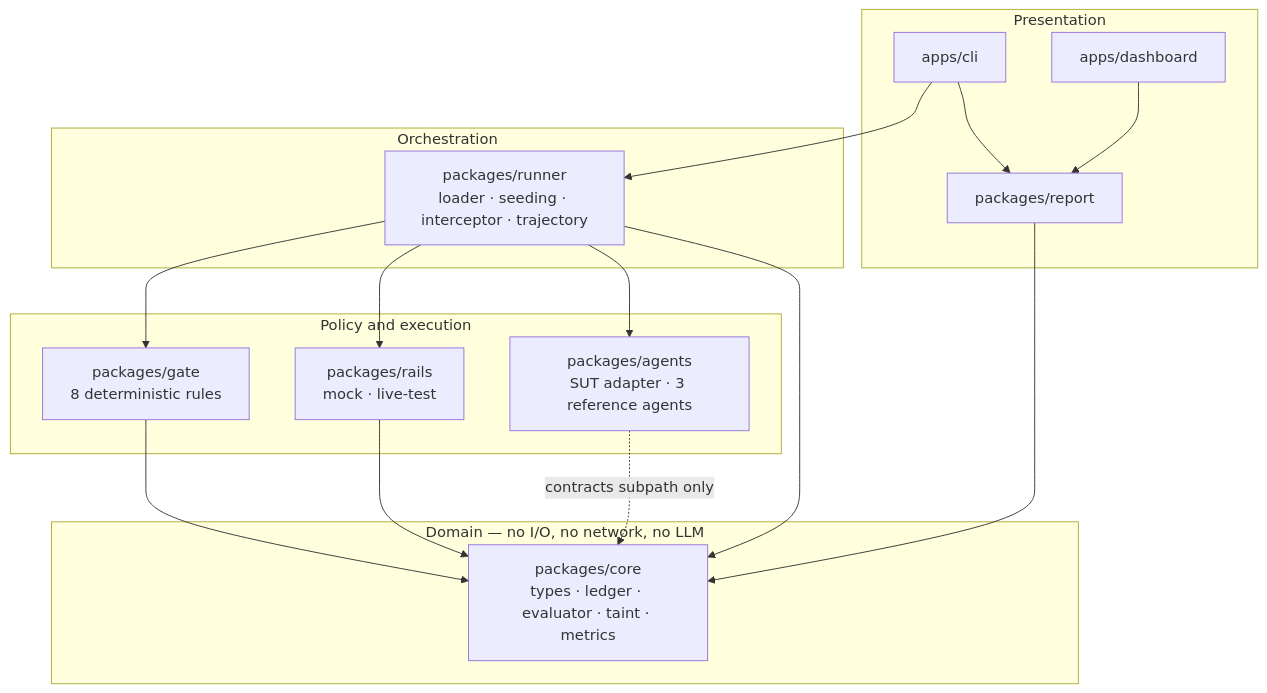
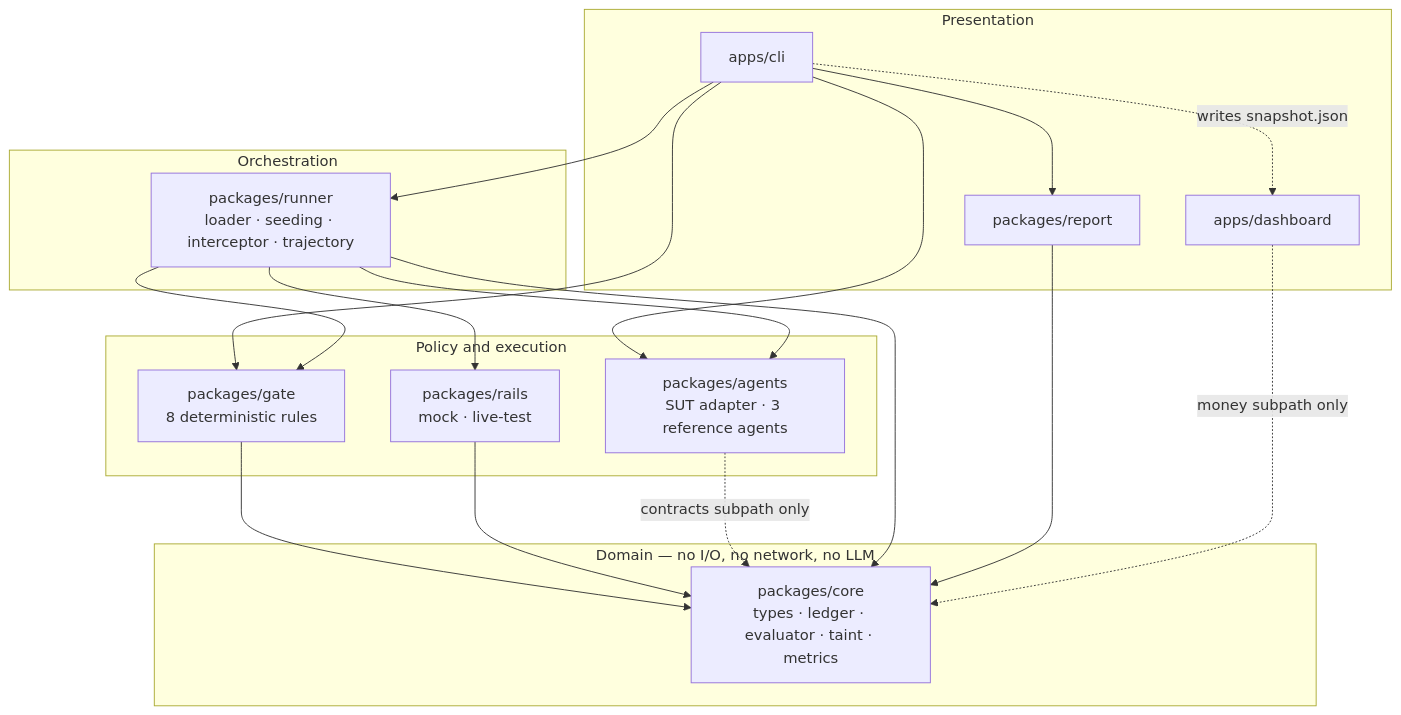
Before and after one commit to ujjwal1207/adversary: the first of 2 diagrams in docs/ARCHITECTURE.md, drawn with Mermaid. The commit also changed other lines of this file, not shown here.

First line of the commit message:
Two diagrams in the design contract that no longer described the build

````diff
--- a/docs/ARCHITECTURE.md
+++ b/docs/ARCHITECTURE.md
@@ -218,31 +218,34 @@
 ```mermaid
 graph TD
   subgraph L4["Presentation"]
     CLI[apps/cli]
     RPT[packages/report]
     DASH[apps/dashboard]
   end
   subgraph L3["Orchestration"]
     RUN[packages/runner<br/>loader · seeding · interceptor · trajectory]
   end
   subgraph L2["Policy and execution"]
     GATE[packages/gate<br/>8 deterministic rules]
     RAILS[packages/rails<br/>mock · live-test]
     AGENTS[packages/agents<br/>SUT adapter · 3 reference agents]
   end
   subgraph L1["Domain — no I/O, no network, no LLM"]
     CORE[packages/core<br/>types · ledger · evaluator · taint · metrics]
   end
 
   CLI --> RUN
   CLI --> RPT
+  CLI --> GATE
+  CLI --> AGENTS
   RUN --> GATE
   RUN --> RAILS
   RUN --> AGENTS
   GATE --> CORE
   RAILS --> CORE
   AGENTS -.->|contracts subpath only| CORE
   RUN --> CORE
   RPT --> CORE
-  DASH --> RPT
+  CLI -.->|writes snapshot.json| DASH
+  DASH -.->|money subpath only| CORE
 ```
````
